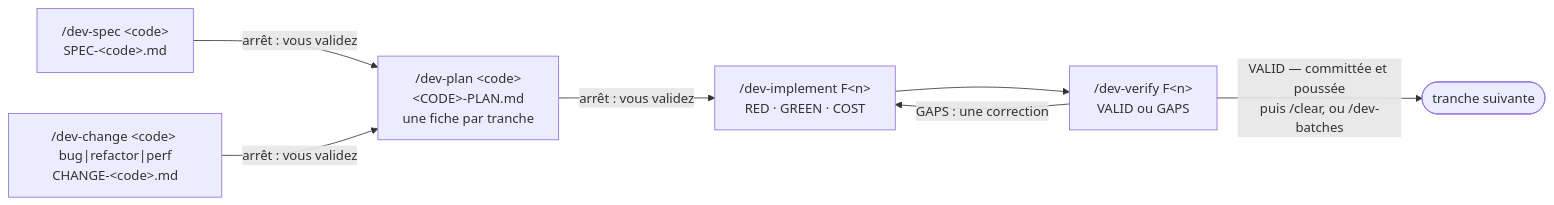
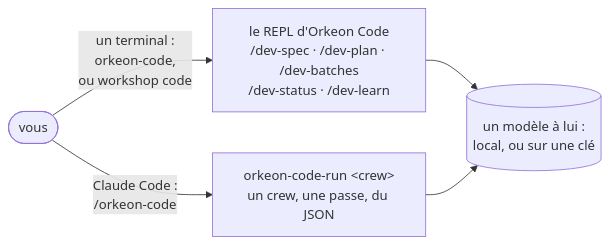
The diagram in docs/fr/workflows/develop.md (Orkeon/orkeon-workshop), drawn with Mermaid before and after one commit. The commit also changed other lines of this file and 653 other files, not shown here.

````diff
--- a/docs/fr/workflows/develop.md
+++ b/docs/fr/workflows/develop.md
@@ -16,9 +17,7 @@
 ```mermaid
 flowchart LR
-    s["/dev-spec &lt;code&gt;<br/>SPEC-&lt;code&gt;.md"] -->|"arrêt : vous validez"| p["/dev-plan &lt;code&gt;<br/>&lt;CODE&gt;-PLAN.md<br/>une fiche par tranche"]
-    c["/dev-change &lt;code&gt; bug|refactor|perf<br/>CHANGE-&lt;code&gt;.md"] -->|"arrêt : vous validez"| p
-    p -->|"arrêt : vous validez"| b["/dev-implement F&lt;n&gt;<br/>RED · GREEN · COST"]
-    b --> v["/dev-verify F&lt;n&gt;<br/>VALID ou GAPS"]
-    v -->|"GAPS : une correction"| b
-    v -->|"VALID — committée et poussée<br/>puis /clear, ou /dev-batches"| n(["tranche suivante"])
+    you(["vous"]) -->|"un terminal :<br/>orkeon-code,<br/>ou workshop code"| repl["le REPL d'Orkeon Code<br/>/dev-spec · /dev-plan · /dev-batches<br/>/dev-status · /dev-learn"]
+    you -->|"Claude Code :<br/>/orkeon-code"| run["orkeon-code-run &lt;crew&gt;<br/>un crew, une passe, du JSON"]
+    repl --> model[("un modèle à lui :<br/>local, ou sur une clé")]
+    run --> model
 ```
````
